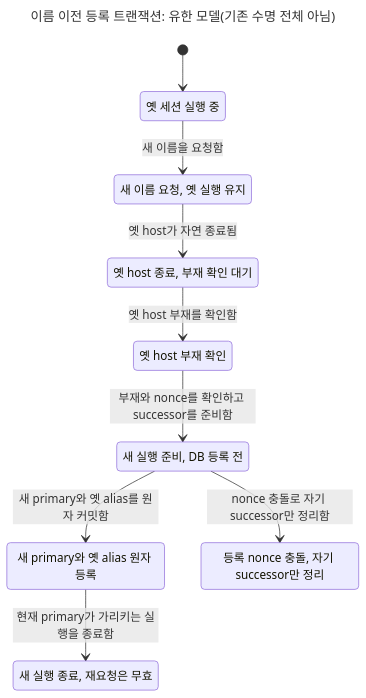
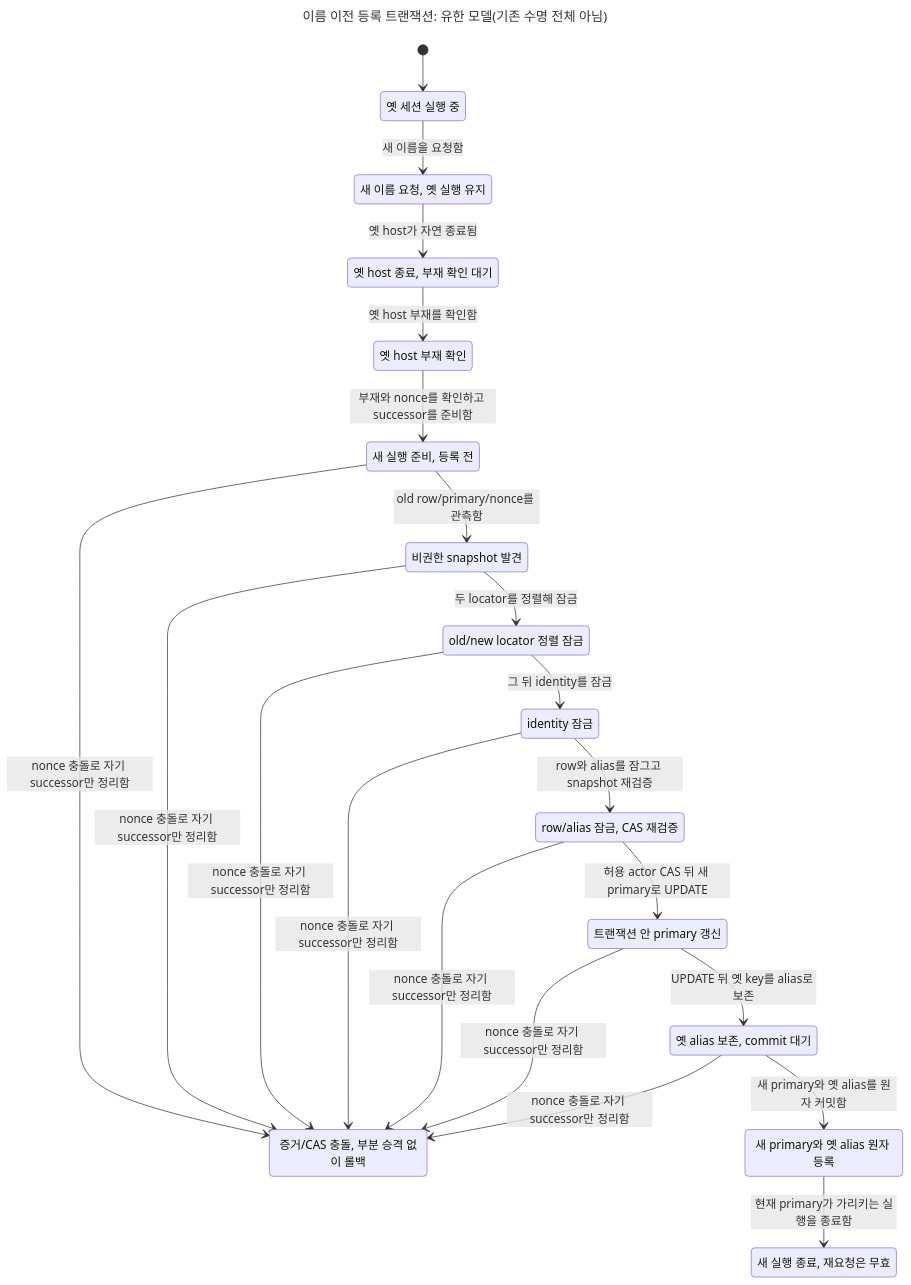
One commit to itismyfield/AgentDesk changed the diagram in docs/statecharts/session-lifecycle/herdr-naming.chart.mmd. Above: the diagram before and after it, drawn with Mermaid. The commit also changed 42 other files, not shown here.

```diff
--- a/docs/statecharts/session-lifecycle/herdr-naming.chart.mmd
+++ b/docs/statecharts/session-lifecycle/herdr-naming.chart.mmd
@@ -1,20 +1,38 @@
 ---
 title: "이름 이전 등록 트랜잭션: 유한 모델(기존 수명 전체 아님)"
 ---
 stateDiagram-v2
   s0: 옛 세션 실행 중
   s1: 새 이름 요청, 옛 실행 유지
   s2: 옛 host 종료, 부재 확인 대기
   s3: 옛 host 부재 확인
-  s4: 새 실행 준비, DB 등록 전
-  s5: 새 primary와 옛 alias 원자 등록
-  s6: 등록 nonce 충돌, 자기 successor만 정리
-  s7: 새 실행 종료, 재요청은 무효
+  s4: 새 실행 준비, 등록 전
+  s5: 비권한 snapshot 발견
+  s6: 증거/CAS 충돌, 부분 승격 없이 롤백
+  s7: old/new locator 정렬 잠금
+  s8: identity 잠금
+  s9: row/alias 잠금, CAS 재검증
+  s10: 트랜잭션 안 primary 갱신
+  s11: 옛 alias 보존, commit 대기
+  s12: 새 primary와 옛 alias 원자 등록
+  s13: 새 실행 종료, 재요청은 무효
   [*] --> s0
   s0 --> s1: 새 이름을 요청함
   s1 --> s2: 옛 host가 자연 종료됨
   s2 --> s3: 옛 host 부재를 확인함
   s3 --> s4: 부재와 nonce를 확인하고 successor를 준비함
-  s4 --> s5: 새 primary와 옛 alias를 원자 커밋함
-  s5 --> s7: 현재 primary가 가리키는 실행을 종료함
+  s4 --> s5: old row/primary/nonce를 관측함
+  s5 --> s7: 두 locator를 정렬해 잠금
   s4 --> s6: nonce 충돌로 자기 successor만 정리함
+  s7 --> s8: 그 뒤 identity를 잠금
+  s5 --> s6: nonce 충돌로 자기 successor만 정리함
+  s8 --> s9: row와 alias를 잠그고 snapshot 재검증
+  s7 --> s6: nonce 충돌로 자기 successor만 정리함
+  s8 --> s6: nonce 충돌로 자기 successor만 정리함
+  s9 --> s10: 허용 actor CAS 뒤 새 primary로 UPDATE
+  s9 --> s6: nonce 충돌로 자기 successor만 정리함
+  s10 --> s11: UPDATE 뒤 옛 key를 alias로 보존
+  s11 --> s12: 새 primary와 옛 alias를 원자 커밋함
+  s10 --> s6: nonce 충돌로 자기 successor만 정리함
+  s12 --> s13: 현재 primary가 가리키는 실행을 종료함
+  s11 --> s6: nonce 충돌로 자기 successor만 정리함
```
